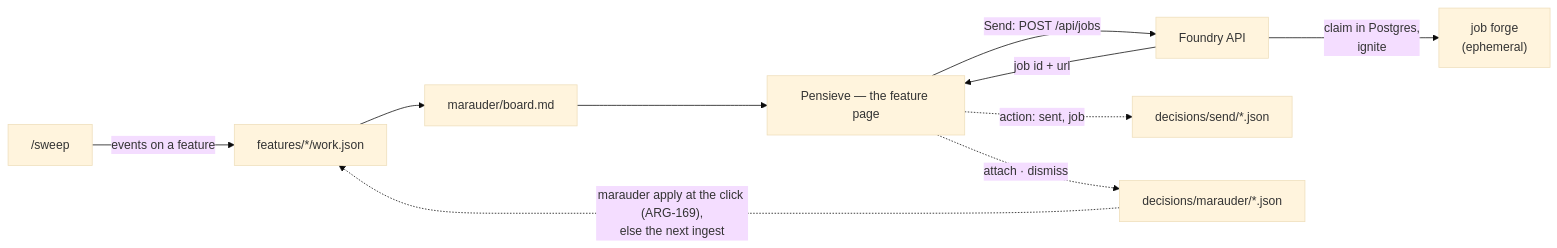
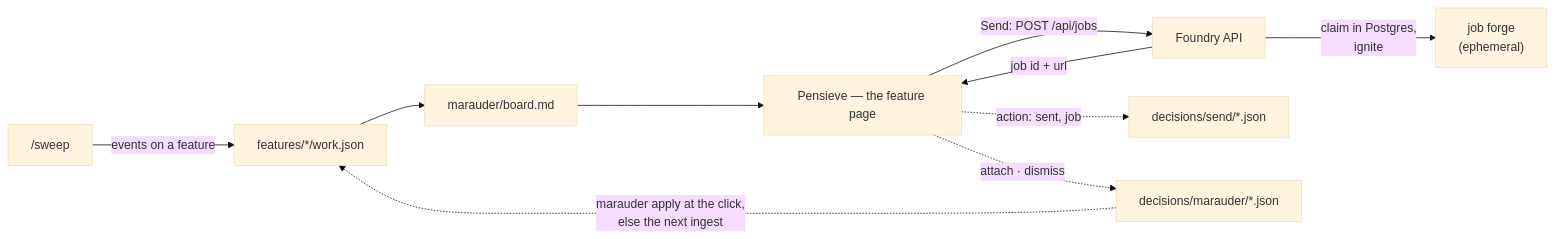
The fourth of 4 diagrams in apps/argus/README.md (d0nwong/citadel), drawn with Mermaid (base theme) before and after one commit. The commit also changed other lines of this file, not shown here.

First line of the commit message:
docs: ARG-169 landed — the click applies, in the loop docs and the board feature docs

````diff
--- a/apps/argus/README.md
+++ b/apps/argus/README.md
@@ -298,12 +296,12 @@
 ```mermaid
 flowchart LR
     sweep["/sweep"] -- "events on a feature" --> ws["features/*/work.json"]
     ws --> board["marauder/board.md"]
     board --> pensieve["Pensieve — the feature page"]
     pensieve -- "Send: POST /api/jobs" --> foundry["Foundry API"]
     foundry -- "job id + url" --> pensieve
     pensieve -. "action: sent, job" .-> decisions["decisions/send/*.json"]
     pensieve -. "attach · dismiss" .-> mdec["decisions/marauder/*.json"]
-    mdec -. "marauder apply at the click (ARG-169),<br/>else the next ingest" .-> ws
+    mdec -. "marauder apply at the click,<br/>else the next ingest" .-> ws
     foundry -- "claim in Postgres,<br/>ignite" --> forge["job forge<br/>(ephemeral)"]
 ```
````
